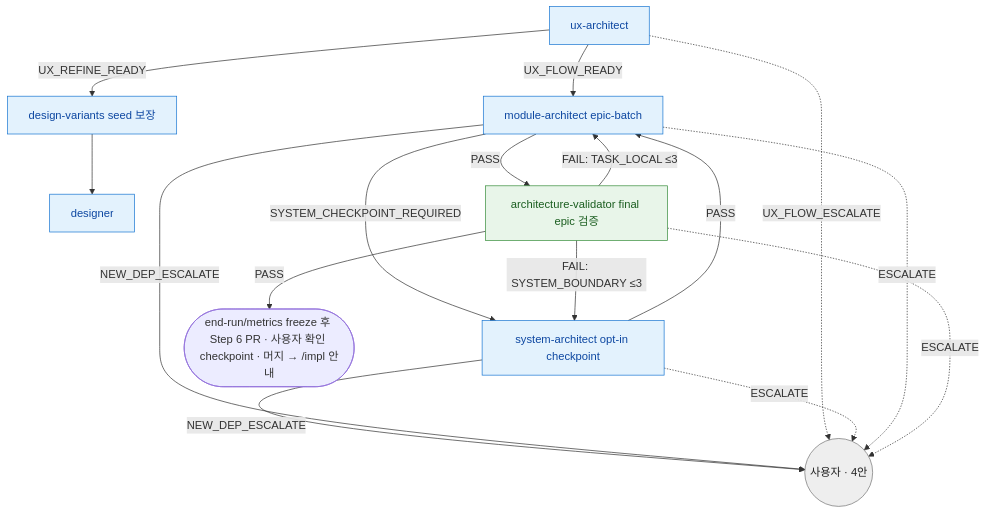
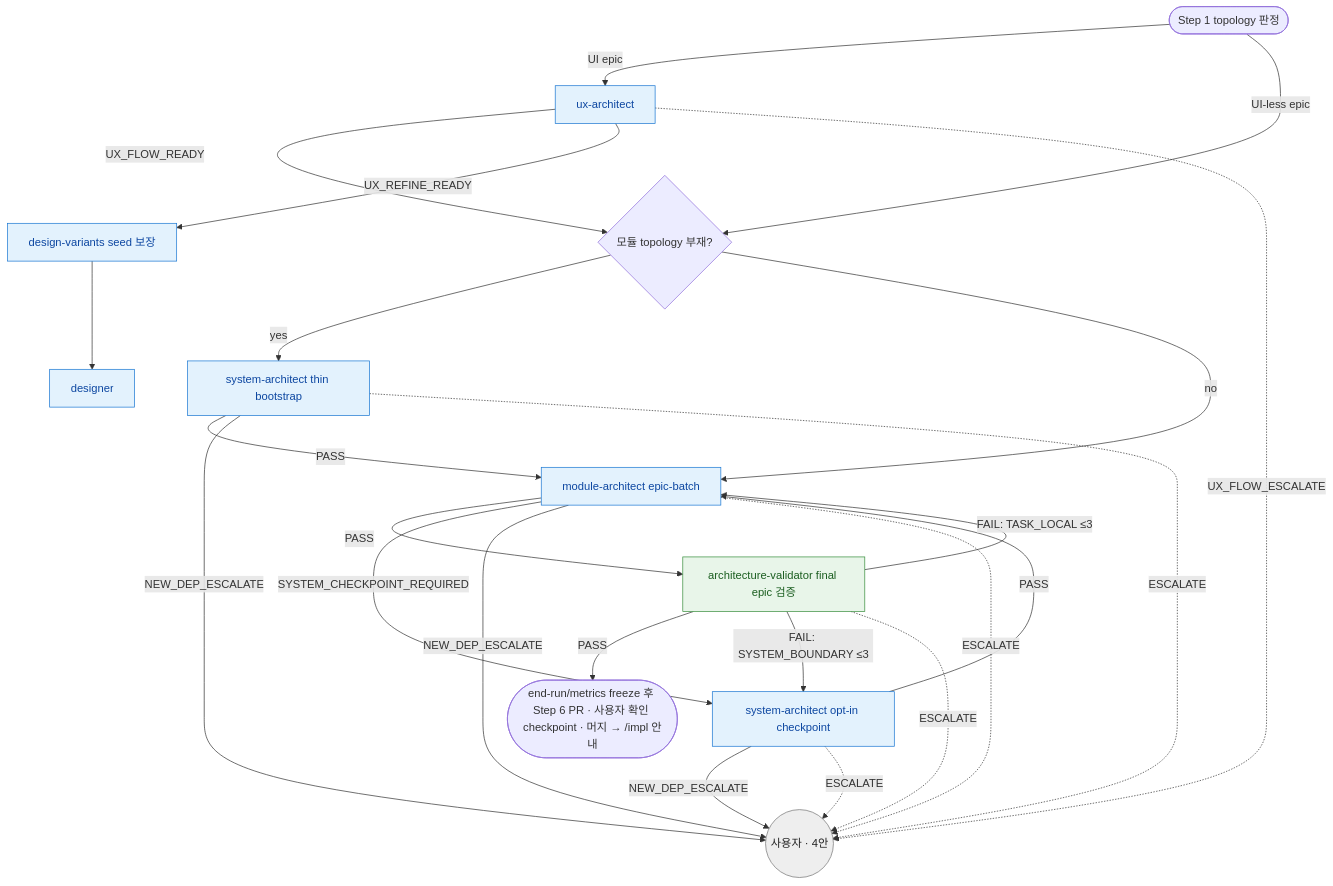
One commit to Daeguk-Sun/dcNess changed the diagram in skills/design/design-routing.md. Above: the diagram before and after it, drawn with Mermaid. The commit also changed other lines of this file and 13 other files, not shown here.

First line of the commit message:
[issue-969] thin bootstrap 설계 분기 추가

````diff
--- a/skills/design/design-routing.md
+++ b/skills/design/design-routing.md
@@ -15,25 +15,32 @@
 ```mermaid
 flowchart TB
-  UX[ux-architect] -->|UX_FLOW_READY| MA_BATCH[module-architect epic-batch]
+  START([Step 1 topology 판정]) -->|UI epic| UX[ux-architect]
+  START -->|UI-less epic| BOOT{모듈 topology 부재?}
+  UX -->|UX_FLOW_READY| BOOT
   UX -->|UX_REFINE_READY| SEED[design-variants seed 보장]
   SEED --> DS[designer]
+  BOOT -->|yes| SA_BOOT[system-architect thin bootstrap]
+  BOOT -->|no| MA_BATCH[module-architect epic-batch]
+  SA_BOOT -->|PASS| MA_BATCH
   MA_BATCH -->|PASS| AV_FINAL[architecture-validator final epic 검증]
-  MA_BATCH -->|SYSTEM_CHECKPOINT_REQUIRED| SA[system-architect opt-in checkpoint]
-  SA -->|PASS| MA_BATCH
+  MA_BATCH -->|SYSTEM_CHECKPOINT_REQUIRED| SA_CHECK[system-architect opt-in checkpoint]
+  SA_CHECK -->|PASS| MA_BATCH
   AV_FINAL -->|PASS| M([end-run/metrics freeze 후 Step 6 PR · 사용자 확인 checkpoint · 머지 → /impl 안내])
-  AV_FINAL -->|"FAIL: SYSTEM_BOUNDARY ≤3"| SA
+  AV_FINAL -->|"FAIL: SYSTEM_BOUNDARY ≤3"| SA_CHECK
   AV_FINAL -->|"FAIL: TASK_LOCAL ≤3"| MA_BATCH
-  SA -->|NEW_DEP_ESCALATE| U((사용자 · 4안))
+  SA_CHECK -->|NEW_DEP_ESCALATE| U((사용자 · 4안))
+  SA_BOOT -->|NEW_DEP_ESCALATE| U
   MA_BATCH -->|NEW_DEP_ESCALATE| U
   UX -.->|UX_FLOW_ESCALATE| U
-  SA -.->|ESCALATE| U
+  SA_BOOT -.->|ESCALATE| U
+  SA_CHECK -.->|ESCALATE| U
   MA_BATCH -.->|ESCALATE| U
   AV_FINAL -.->|ESCALATE| U
 
   classDef produce fill:#e3f2fd,stroke:#1976d2,color:#0d47a1
   classDef verify fill:#e8f5e9,stroke:#388e3c,color:#1b5e20
   classDef user fill:#eeeeee,stroke:#757575,color:#212121
-  class UX,SA,DS,MA_BATCH,SEED produce
+  class UX,SA_BOOT,SA_CHECK,DS,MA_BATCH,SEED produce
   class AV_FINAL verify
   class U user
 ```
````
